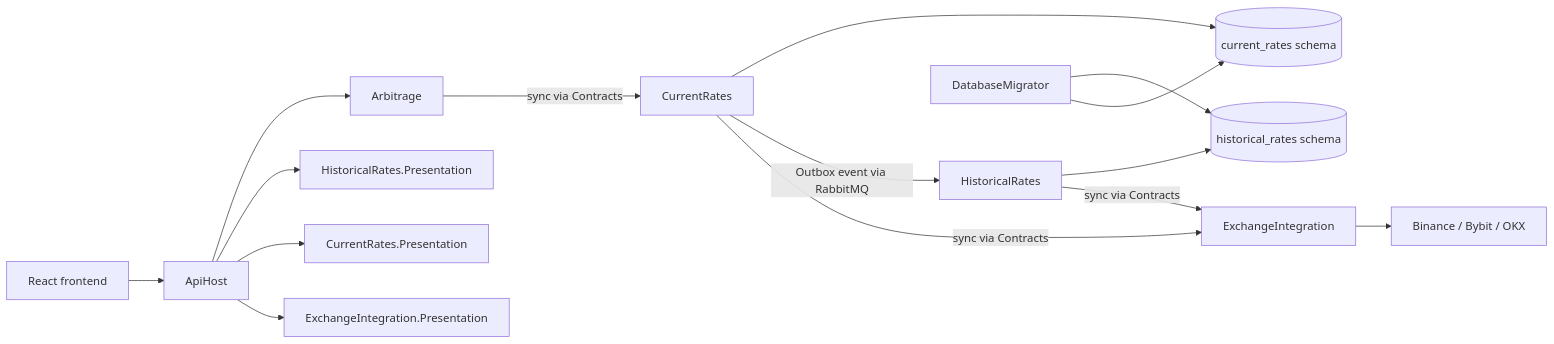
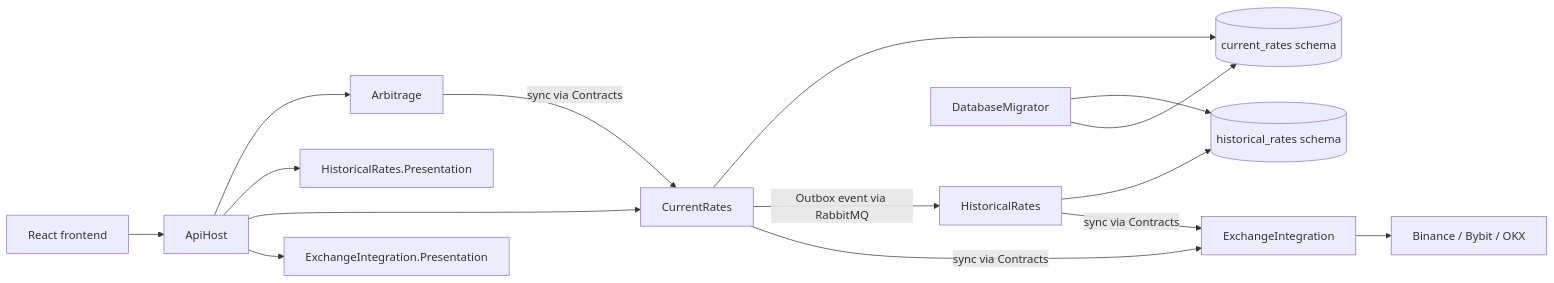
The first of 2 diagrams in docs/architecture/index.md (Grigory50012/FundingMonitor), drawn with Mermaid before and after one commit. The commit also changed other lines of this file and 98 other files, not shown here.

Commit message:
refactor: organize current rates into vertical slices

````diff
--- a/docs/architecture/index.md
+++ b/docs/architecture/index.md
@@ -7,17 +7,17 @@
 ```mermaid
 flowchart LR
     UI[React frontend] --> Host[ApiHost]
     Host --> EP[ExchangeIntegration.Presentation]
-    Host --> CP[CurrentRates.Presentation]
+    Host --> CR[CurrentRates]
     Host --> HP[HistoricalRates.Presentation]
     Host --> AR[Arbitrage]
     CR[CurrentRates] -->|sync via Contracts| EI[ExchangeIntegration]
     HR[HistoricalRates] -->|sync via Contracts| EI
     AR[Arbitrage] -->|sync via Contracts| CR
     CR -->|Outbox event via RabbitMQ| HR
     CR --> CRS[(current_rates schema)]
     HR --> HRS[(historical_rates schema)]
     EI --> EX[Binance / Bybit / OKX]
     Migrator[DatabaseMigrator] --> CRS
     Migrator --> HRS
 ```
````
